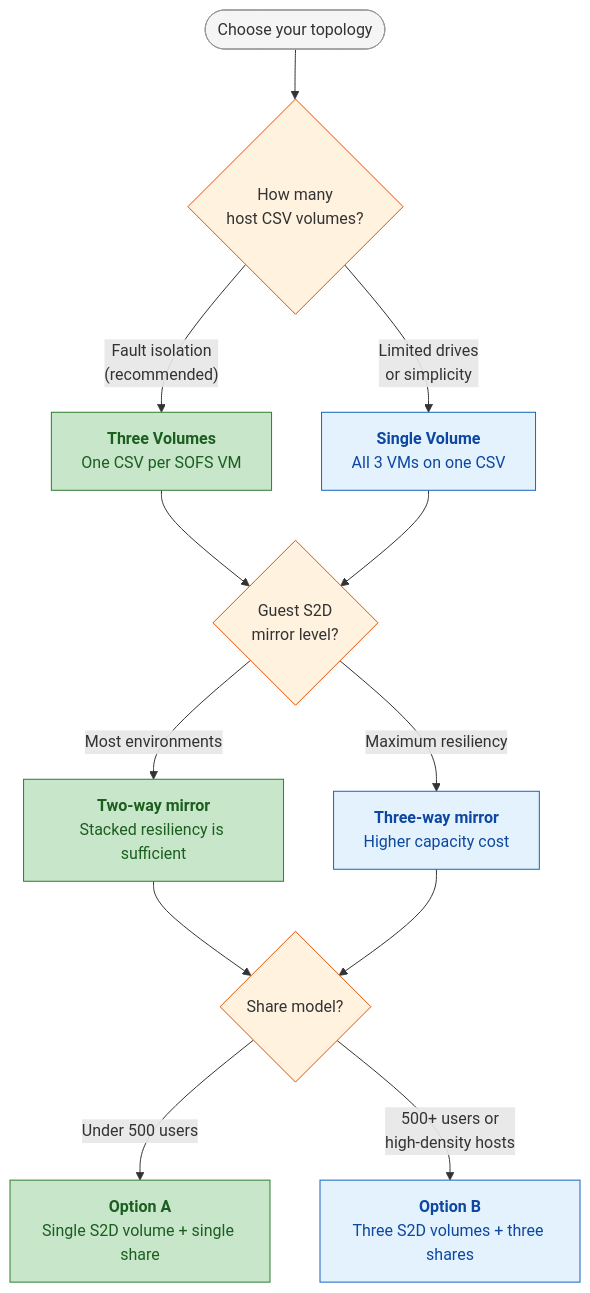
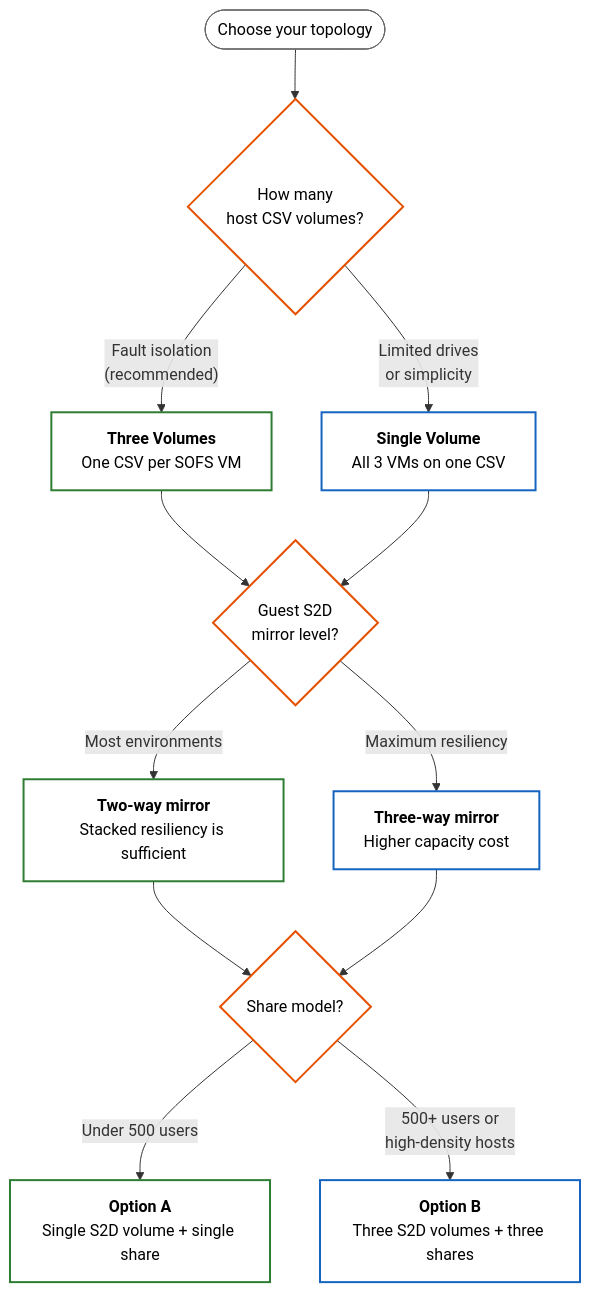
The first of 2 diagrams in docs/architecture/overview.md (AzureLocal/azurelocal-sofs-fslogix), drawn with Mermaid before and after one commit.

Commit message:
docs: use white fills on flowchart nodes for dark mode readability

````diff
--- a/docs/architecture/overview.md
+++ b/docs/architecture/overview.md
@@ -19,29 +19,29 @@
 ```mermaid
 flowchart TD
     Start(["Choose your topology"]) --> D1{"How many<br/>host CSV volumes?"}
     D1 -->|"Fault isolation<br/>(recommended)"| ThreeVol["<b>Three Volumes</b><br/>One CSV per SOFS VM"]
     D1 -->|"Limited drives<br/>or simplicity"| OneVol["<b>Single Volume</b><br/>All 3 VMs on one CSV"]
 
     ThreeVol --> D2{"Guest S2D<br/>mirror level?"}
     OneVol --> D2
 
     D2 -->|"Most environments"| TwoWay["<b>Two-way mirror</b><br/>Stacked resiliency is sufficient"]
     D2 -->|"Maximum resiliency"| ThreeWay["<b>Three-way mirror</b><br/>Higher capacity cost"]
 
     TwoWay --> D3{"Share model?"}
     ThreeWay --> D3
 
     D3 -->|"Under 500 users"| OptA["<b>Option A</b><br/>Single S2D volume + single share"]
     D3 -->|"500+ users or<br/>high-density hosts"| OptB["<b>Option B</b><br/>Three S2D volumes + three shares"]
 
-    style Start fill:#f5f5f5,stroke:#999,color:#333
-    style D1 fill:#fff3e0,stroke:#e65100,color:#333
-    style D2 fill:#fff3e0,stroke:#e65100,color:#333
-    style D3 fill:#fff3e0,stroke:#e65100,color:#333
-    style ThreeVol fill:#c8e6c9,stroke:#2e7d32,color:#1b5e20
-    style OneVol fill:#e3f2fd,stroke:#1565c0,color:#0d47a1
-    style TwoWay fill:#c8e6c9,stroke:#2e7d32,color:#1b5e20
-    style ThreeWay fill:#e3f2fd,stroke:#1565c0,color:#0d47a1
-    style OptA fill:#c8e6c9,stroke:#2e7d32,color:#1b5e20
-    style OptB fill:#e3f2fd,stroke:#1565c0,color:#0d47a1
+    style Start fill:#fff,stroke:#666,color:#000
+    style D1 fill:#fff,stroke:#e65100,color:#000,stroke-width:2px
+    style D2 fill:#fff,stroke:#e65100,color:#000,stroke-width:2px
+    style D3 fill:#fff,stroke:#e65100,color:#000,stroke-width:2px
+    style ThreeVol fill:#fff,stroke:#2e7d32,color:#000,stroke-width:2px
+    style OneVol fill:#fff,stroke:#1565c0,color:#000,stroke-width:2px
+    style TwoWay fill:#fff,stroke:#2e7d32,color:#000,stroke-width:2px
+    style ThreeWay fill:#fff,stroke:#1565c0,color:#000,stroke-width:2px
+    style OptA fill:#fff,stroke:#2e7d32,color:#000,stroke-width:2px
+    style OptB fill:#fff,stroke:#1565c0,color:#000,stroke-width:2px
 ```
````
